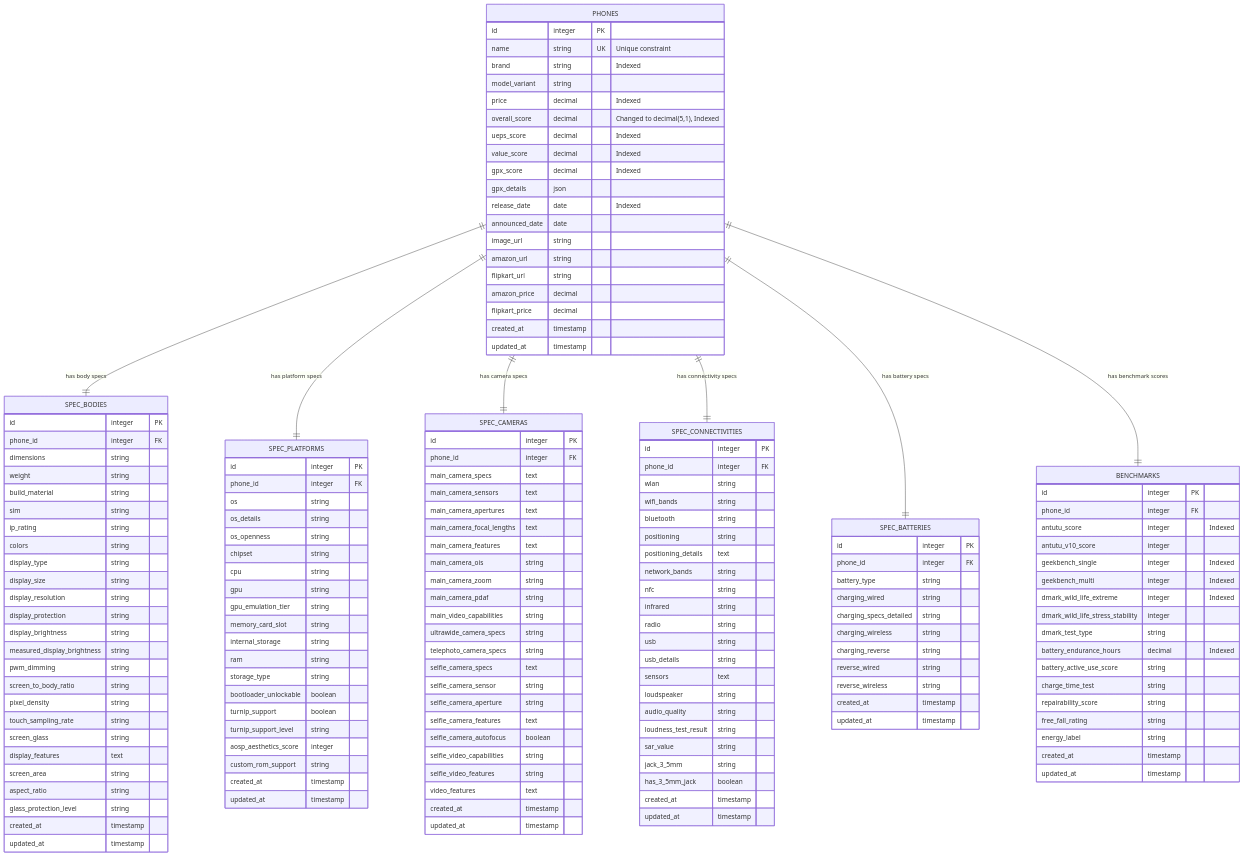
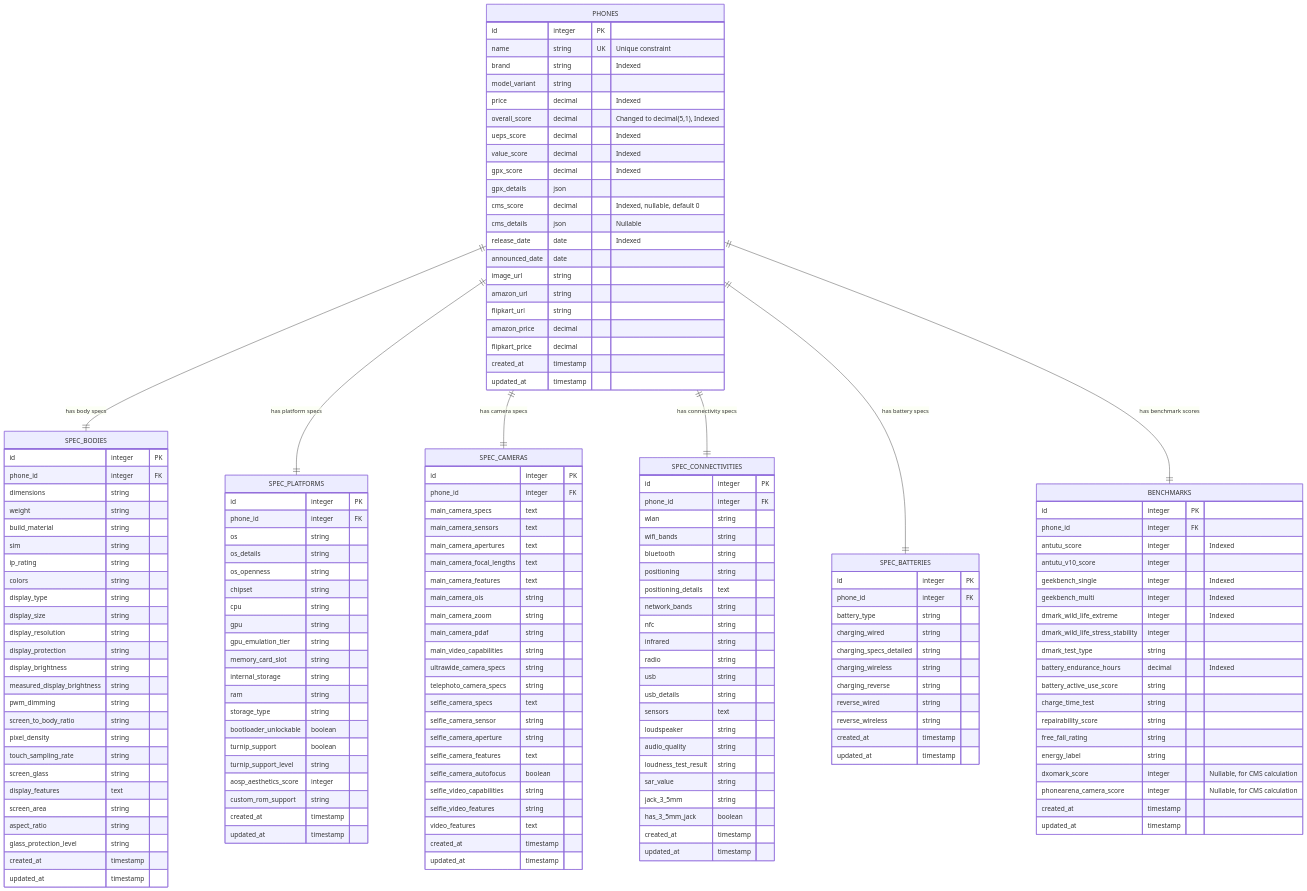
One commit to abhay-byte/phone_finder_hub changed the first of 3 diagrams in docs/er_diagram.md. Above: the diagram before and after it, drawn with Mermaid. The commit also changed other lines of this file and 26 other files, not shown here.

First line of the commit message:
feat: Implement CMS-1330 camera scoring system with improvements

```diff
--- a/docs/er_diagram.md
+++ b/docs/er_diagram.md
@@ -17,6 +17,8 @@
         value_score decimal "Indexed"
         gpx_score decimal "Indexed"
         gpx_details json
+        cms_score decimal "Indexed, nullable, default 0"
+        cms_details json "Nullable"
         release_date date "Indexed"
         announced_date date
         image_url string
@@ -160,6 +162,8 @@
         repairability_score string
         free_fall_rating string
         energy_label string
+        dxomark_score integer "Nullable, for CMS calculation"
+        phonearena_camera_score integer "Nullable, for CMS calculation"
         created_at timestamp
         updated_at timestamp
     }
```
